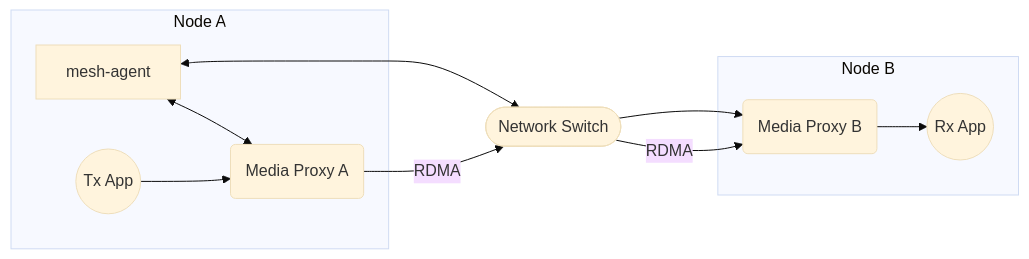
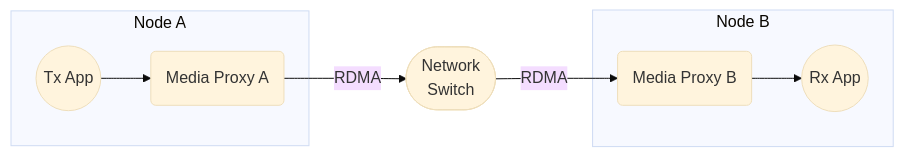
Before and after one commit to OpenVisualCloud/Media-Communications-Mesh: the diagram in tests/validation/docs/test-scenarios/scenario-set-2-rdma/SCENARIO-2.2-2X-NODES-SINGLE-RECEIVER.md, drawn with Mermaid (base theme). The commit also changed 1 other file, not shown here.

Commit message:
graph correction to reverse changes

````diff
--- a/tests/validation/docs/test-scenarios/scenario-set-2-rdma/SCENARIO-2.2-2X-NODES-SINGLE-RECEIVER.md
+++ b/tests/validation/docs/test-scenarios/scenario-set-2-rdma/SCENARIO-2.2-2X-NODES-SINGLE-RECEIVER.md
@@ -7,20 +7,17 @@
 ```mermaid
 flowchart LR
     subgraph Node A
-        meshAgent[mesh-agent]
         tx((Tx App))
         proxy1(Media Proxy A)
-        meshAgent <--> proxy1
     end
     subgraph Node B
         rxB1((Rx App))
         proxy2(Media Proxy B)
     end
-    sw(["Network Switch"])
+    sw(["Network
+        Switch"])
     tx --> proxy1
-    proxy1 -->|RDMA| sw
+    proxy1 -- RDMA --> sw
     sw -- RDMA --> proxy2
     proxy2 --> rxB1
-    meshAgent <--> sw
-    sw --> proxy2
 ```
````
